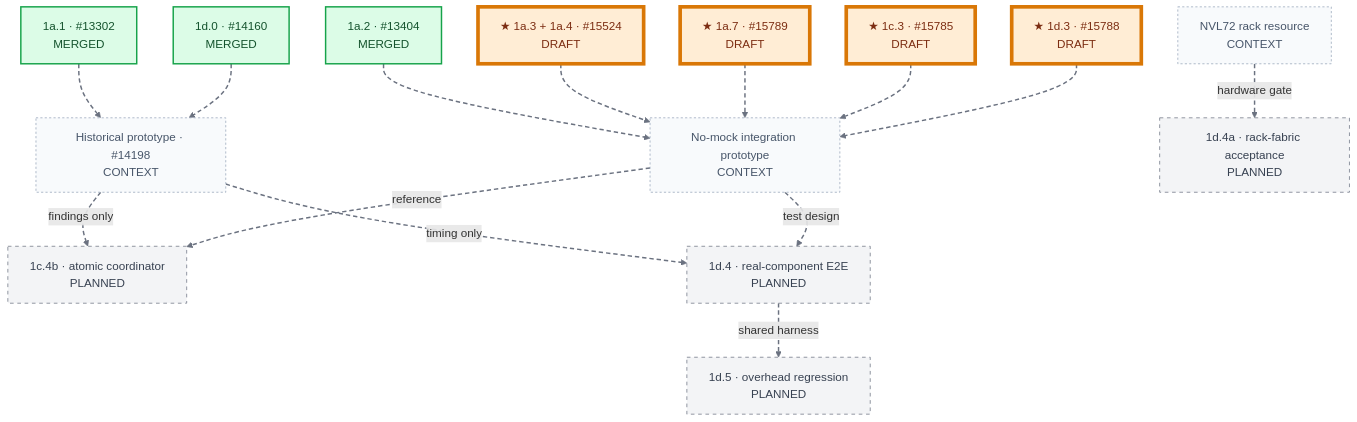
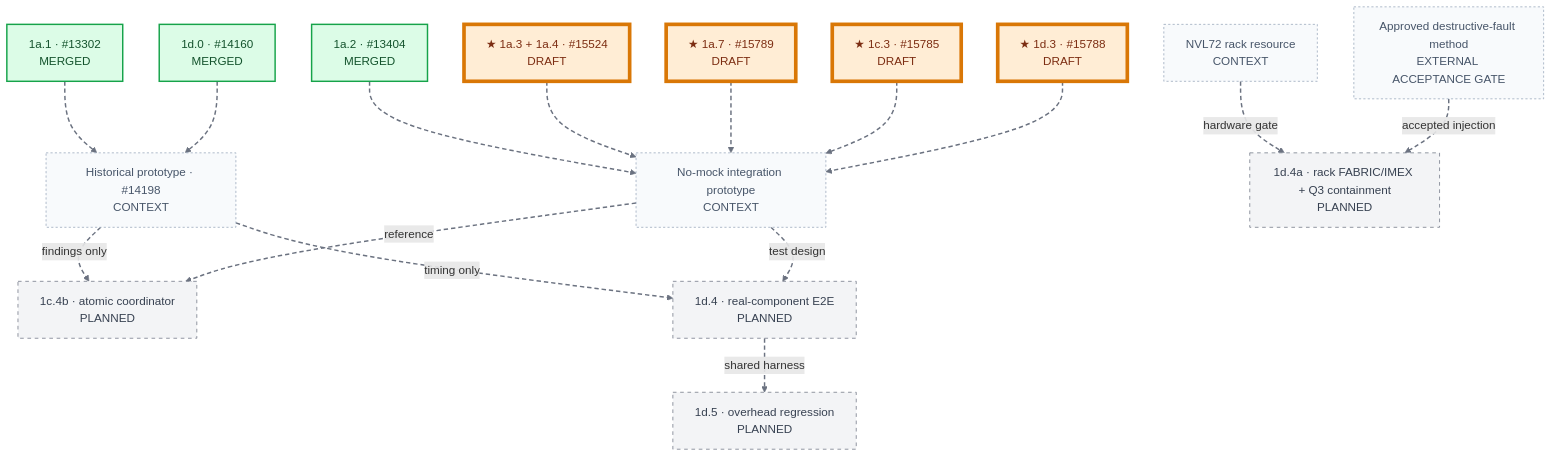
The eighth of 8 diagrams in docs/design/wide-ep-fault-tolerance/pr-execution/mvp-dependency-graph.md (chienchunhung/TensorRT-LLM), drawn with Mermaid before and after one commit. The commit also changed other lines of this file and 27 other files, not shown here.

````diff
--- a/docs/design/wide-ep-fault-tolerance/pr-execution/mvp-dependency-graph.md
+++ b/docs/design/wide-ep-fault-tolerance/pr-execution/mvp-dependency-graph.md
@@ -441,46 +477,48 @@
 ```mermaid
 flowchart TB
     A1_1["1a.1 · #13302<br/>MERGED"]
     A1_2["1a.2 · #13404<br/>MERGED"]
     D1_0["1d.0 · #14160<br/>MERGED"]
     A1_34["★ 1a.3 + 1a.4 · #15524<br/>DRAFT"]
     A1_7["★ 1a.7 · #15789<br/>DRAFT"]
     C1_3["★ 1c.3 · #15785<br/>DRAFT"]
     D1_3["★ 1d.3 · #15788<br/>DRAFT"]
     OLD_PROTO["Historical prototype · #14198<br/>CONTEXT"]
     NEW_PROTO["No-mock integration prototype<br/>CONTEXT"]
     NVL72_RESOURCE["NVL72 rack resource<br/>CONTEXT"]
+    APPROVED_FAULT_METHOD["Approved destructive-fault method<br/>EXTERNAL ACCEPTANCE GATE"]
     C1_4B["1c.4b · atomic coordinator<br/>PLANNED"]
     D1_4["1d.4 · real-component E2E<br/>PLANNED"]
-    D1_4A["1d.4a · rack-fabric acceptance<br/>PLANNED"]
+    D1_4A["1d.4a · rack FABRIC/IMEX + Q3 containment<br/>PLANNED"]
     D1_5["1d.5 · overhead regression<br/>PLANNED"]
 
     D1_4 -.->|shared harness| D1_5
     A1_1 -.-> OLD_PROTO
     D1_0 -.-> OLD_PROTO
     OLD_PROTO -.->|findings only| C1_4B
     OLD_PROTO -.->|timing only| D1_4
     A1_2 -.-> NEW_PROTO
     A1_34 -.-> NEW_PROTO
     A1_7 -.-> NEW_PROTO
     C1_3 -.-> NEW_PROTO
     D1_3 -.-> NEW_PROTO
     NEW_PROTO -.->|reference| C1_4B
     NEW_PROTO -.->|test design| D1_4
     NVL72_RESOURCE -.->|hardware gate| D1_4A
+    APPROVED_FAULT_METHOD -.->|accepted injection| D1_4A
 
     linkStyle default stroke:#6b7280,stroke-width:2px,stroke-dasharray:6 4;
 
     classDef merged fill:#dcfce7,stroke:#16a34a,color:#14532d,stroke-width:2px;
     classDef draft fill:#ffedd5,stroke:#f97316,color:#7c2d12,stroke-width:2px;
     classDef reviewing fill:#dbeafe,stroke:#2563eb,color:#1e3a8a,stroke-width:2px;
     classDef planned fill:#f3f4f6,stroke:#6b7280,color:#374151,stroke-dasharray:5 5;
     classDef context fill:#f8fafc,stroke:#94a3b8,color:#475569,stroke-dasharray:3 3;
     classDef candidate stroke:#d97706,stroke-width:5px,stroke-dasharray:0;
 
     class A1_1,A1_2,D1_0 merged;
     class A1_34,A1_7,C1_3,D1_3 draft;
     class C1_4B,D1_4,D1_4A,D1_5 planned;
-    class OLD_PROTO,NEW_PROTO,NVL72_RESOURCE context;
+    class OLD_PROTO,NEW_PROTO,NVL72_RESOURCE,APPROVED_FAULT_METHOD context;
     class A1_34,A1_7,C1_3,D1_3 candidate;
 ```
````
